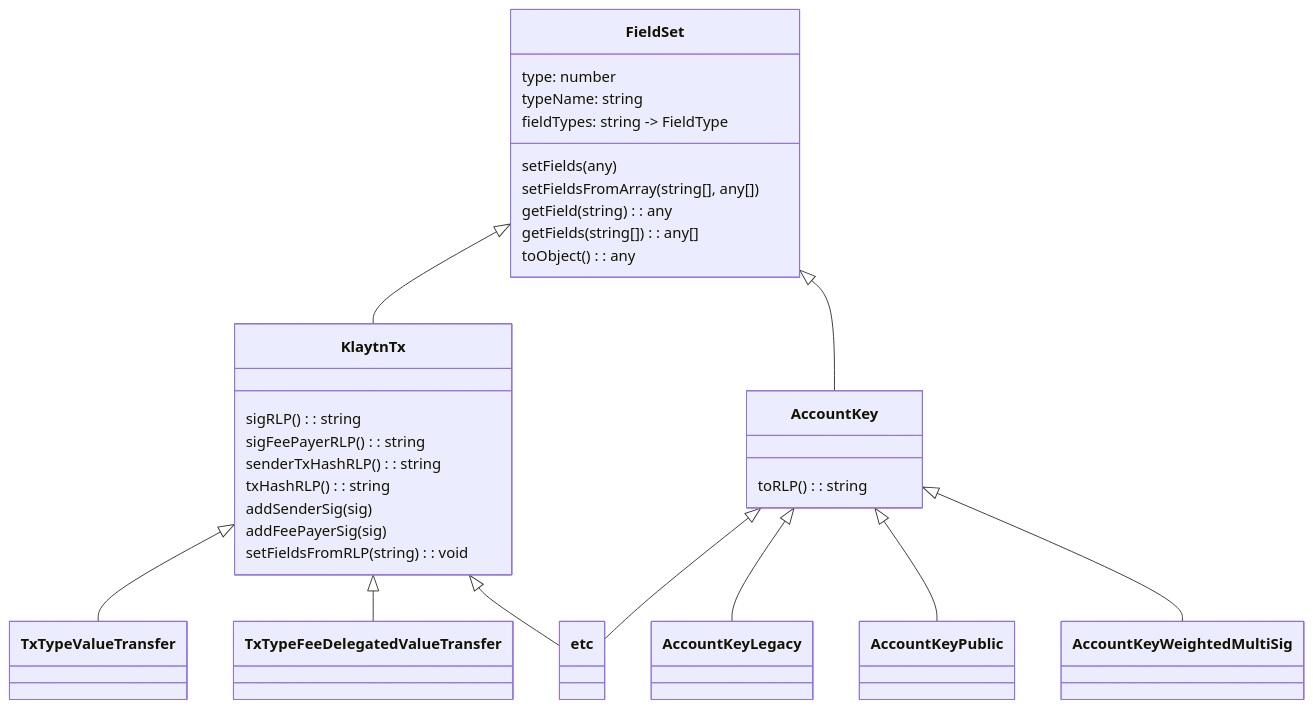
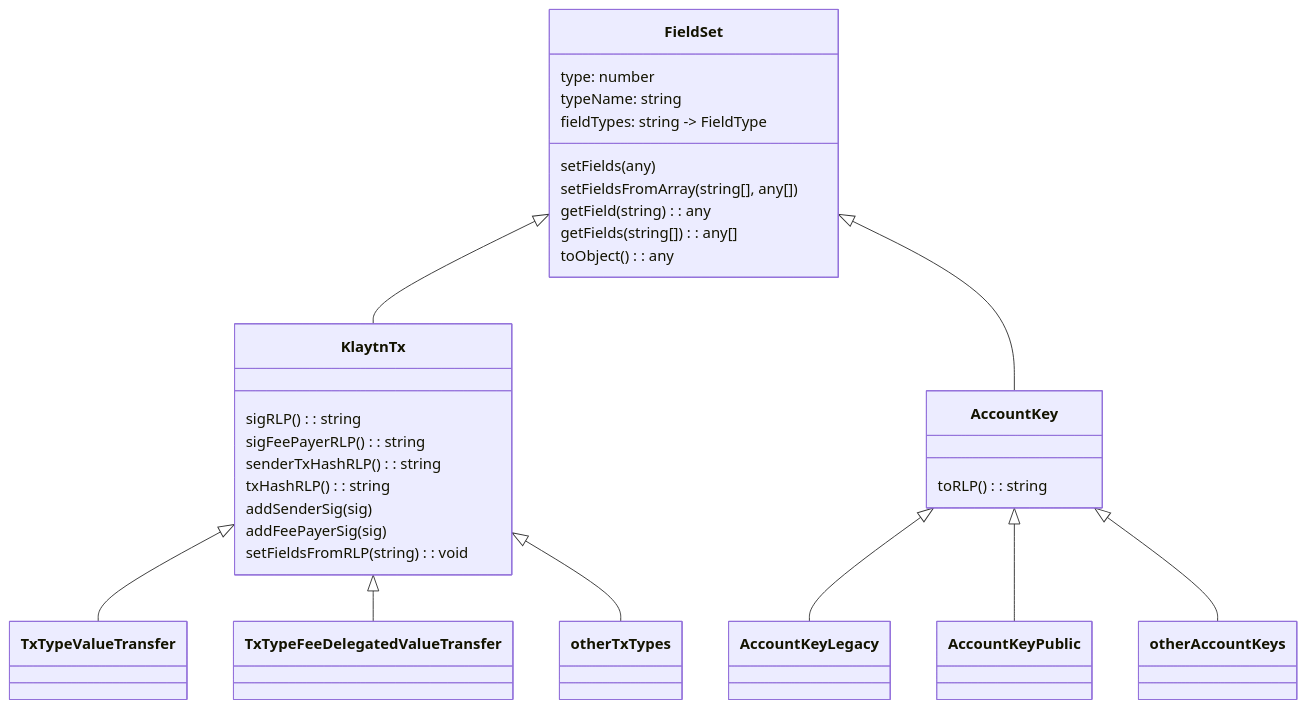
One commit to blukat29/klaytn-sdk-design changed the second of 4 diagrams in README.md. Above: the diagram before and after it, drawn with Mermaid.

Commit message:
Adjust mermaid diagram size

````diff
--- a/README.md
+++ b/README.md
@@ -68,34 +68,33 @@
 ```mermaid  
 classDiagram
   FieldSet <|-- KlaytnTx
   KlaytnTx <|-- TxTypeValueTransfer
   KlaytnTx <|-- TxTypeFeeDelegatedValueTransfer
-  KlaytnTx <|-- etc
+  KlaytnTx <|-- other TxTypes
   FieldSet <|-- AccountKey
   AccountKey <|-- AccountKeyLegacy
   AccountKey <|-- AccountKeyPublic
-  AccountKey <|-- AccountKeyWeightedMultiSig
-  AccountKey <|-- etc
+  AccountKey <|-- other AccountKeys
   class FieldSet {
     type: number
     typeName: string
     fieldTypes: string -> FieldType
     setFields(any)
     setFieldsFromArray( string[], any[] )
     getField( string ): any
     getFields( string[] ): any[]
     toObject(): any
   }
   class KlaytnTx {
     sigRLP(): string
     sigFeePayerRLP(): string
     senderTxHashRLP(): string
     txHashRLP(): string
     addSenderSig(sig)
     addFeePayerSig(sig)
     setFieldsFromRLP(string): void
   }
   class AccountKey {
     toRLP(): string
   }
 ```
````
